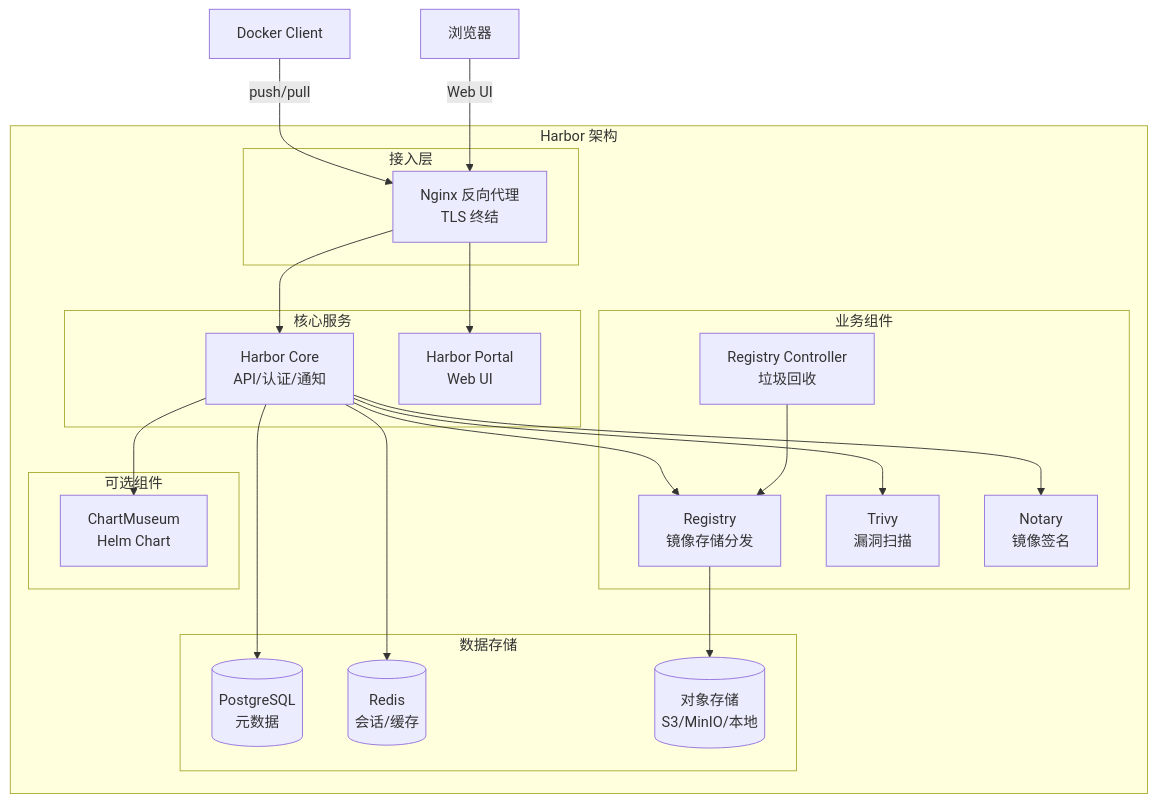
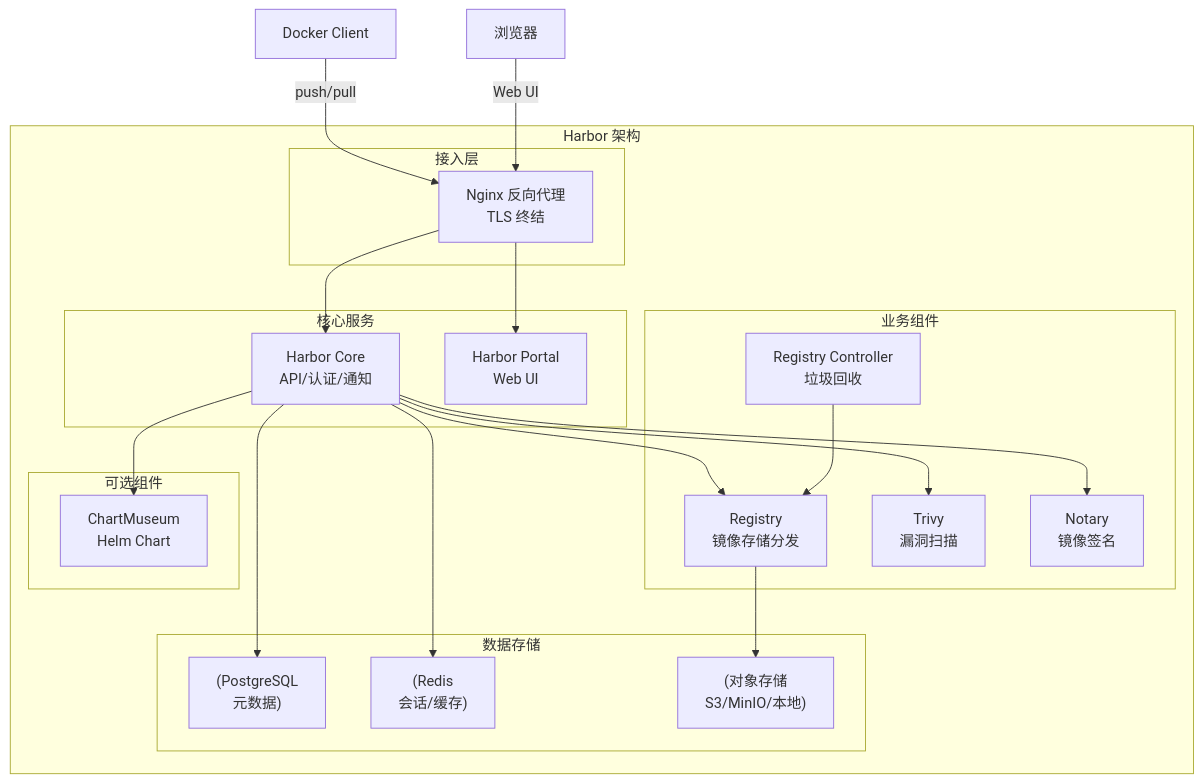
The third of 12 diagrams in src/运维与部署/Docker_K8s/03_Docker生产实战/01_镜像仓库与分发.md (moklgydocs/moklgydocs.github.io), drawn with Mermaid before and after one commit. The commit also changed other lines of this file and 178 other files, not shown here.

First line of the commit message:
fix: 修复 mermaid 图表语法错误 - 为含 <br/> 的标签添加引号、修复未闭合引号

````diff
--- a/src/运维与部署/Docker_K8s/03_Docker生产实战/01_镜像仓库与分发.md
+++ b/src/运维与部署/Docker_K8s/03_Docker生产实战/01_镜像仓库与分发.md
@@ -264,44 +264,44 @@
 ```mermaid
 graph TB
     subgraph "Harbor 架构"
         subgraph "接入层"
-            Nginx[Nginx 反向代理<br/>TLS 终结]
+            Nginx["Nginx 反向代理<br/>TLS 终结"]
         end
 
         subgraph "核心服务"
-            Core[Harbor Core<br/>API/认证/通知]
-            Portal[Harbor Portal<br/>Web UI]
+            Core["Harbor Core<br/>API/认证/通知"]
+            Portal["Harbor Portal<br/>Web UI"]
         end
 
         subgraph "业务组件"
-            Registry[Registry<br/>镜像存储分发]
-            RegistryCtl[Registry Controller<br/>垃圾回收]
-            Trivy[Trivy<br/>漏洞扫描]
-            Notary[Notary<br/>镜像签名]
+            Registry["Registry<br/>镜像存储分发"]
+            RegistryCtl["Registry Controller<br/>垃圾回收"]
+            Trivy["Trivy<br/>漏洞扫描"]
+            Notary["Notary<br/>镜像签名"]
         end
 
         subgraph "数据存储"
-            PostgreSQL[(PostgreSQL<br/>元数据)]
-            Redis[(Redis<br/>会话/缓存)]
-            Storage[(对象存储<br/>S3/MinIO/本地)]
+            PostgreSQL["(PostgreSQL<br/>元数据)"]
+            Redis["(Redis<br/>会话/缓存)"]
+            Storage["(对象存储<br/>S3/MinIO/本地)"]
         end
 
         subgraph "可选组件"
-            ChartMuseum[ChartMuseum<br/>Helm Chart]
+            ChartMuseum["ChartMuseum<br/>Helm Chart"]
         end
 
         Nginx --> Core
         Nginx --> Portal
         Core --> Registry
         Core --> PostgreSQL
         Core --> Redis
         Core --> Trivy
         Core --> Notary
         Registry --> Storage
         RegistryCtl --> Registry
         Core --> ChartMuseum
     end
 
     Client[Docker Client] -->|push/pull| Nginx
     Browser[浏览器] -->|Web UI| Nginx
 ```
````
